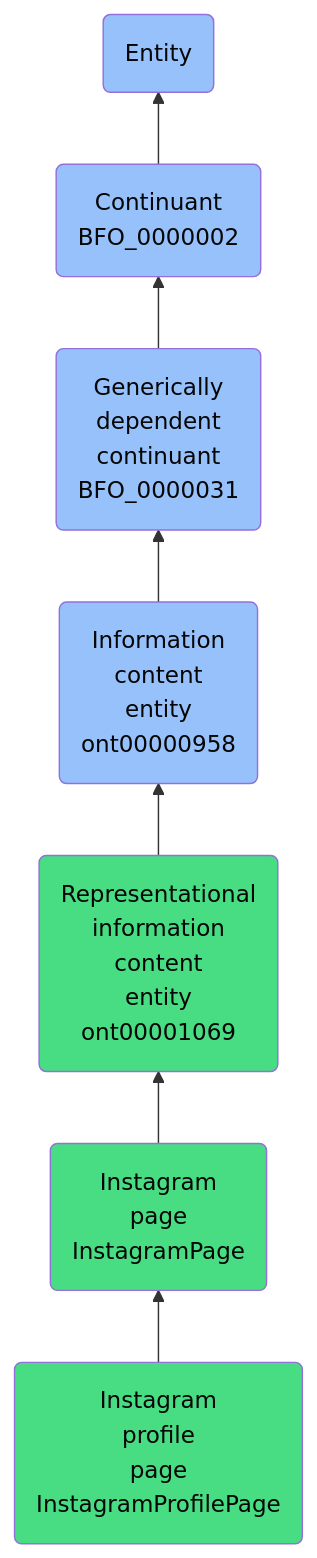
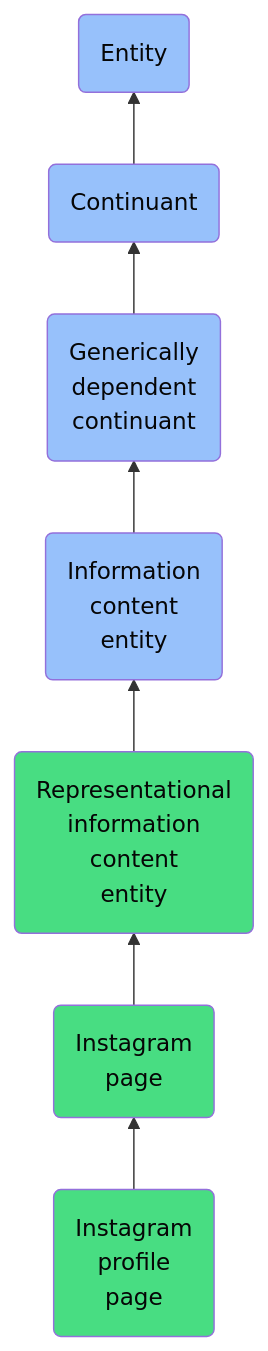
One commit to jupyter-naas/abi changed the diagram in docs/ontology/reference/model/Entity/Continuant/Generically dependent continuant/Information content entity/Representational information content entity/Instagram page/Instagram profile page/Instagram profile page.md. Above: the diagram before and after it, drawn with Mermaid. The commit also changed other lines of this file and 1430 other files, not shown here.

````diff
--- a/docs/ontology/reference/model/Entity/Continuant/Generically dependent continuant/Information content entity/Representational information content entity/Instagram page/Instagram profile page/Instagram profile page.md
+++ b/docs/ontology/reference/model/Entity/Continuant/Generically dependent continuant/Information content entity/Representational information content entity/Instagram page/Instagram profile page/Instagram profile page.md
@@ -24,14 +24,14 @@
 ```mermaid
 graph BT
-    InstagramProfilePage(Instagram<br>profile<br>page<br>InstagramProfilePage):::ABI-->InstagramPage
-    InstagramPage(Instagram<br>page<br>InstagramPage):::ABI-->ont00001069
-    ont00001069(Representational<br>information<br>content<br>entity<br>ont00001069):::ABI-->ont00000958
-    ont00000958(Information<br>content<br>entity<br>ont00000958):::BFO-->BFO_0000031
-    BFO_0000031(Generically<br>dependent<br>continuant<br>BFO_0000031):::BFO-->BFO_0000002
-    BFO_0000002(Continuant<br>BFO_0000002):::BFO-->BFO_0000001
+    InstagramProfilePage(Instagram<br>profile<br>page):::ABI-->InstagramPage
+    InstagramPage(Instagram<br>page):::ABI-->ont00001069
+    ont00001069(Representational<br>information<br>content<br>entity):::ABI-->ont00000958
+    ont00000958(Information<br>content<br>entity):::BFO-->BFO_0000031
+    BFO_0000031(Generically<br>dependent<br>continuant):::BFO-->BFO_0000002
+    BFO_0000002(Continuant):::BFO-->BFO_0000001
     BFO_0000001(Entity):::BFO
     
     classDef BFO fill:#97c1fb,color:#060606
     classDef CCO fill:#e4c51e,color:#060606
     classDef ABI fill:#48DD82,color:#060606
 ```
````
